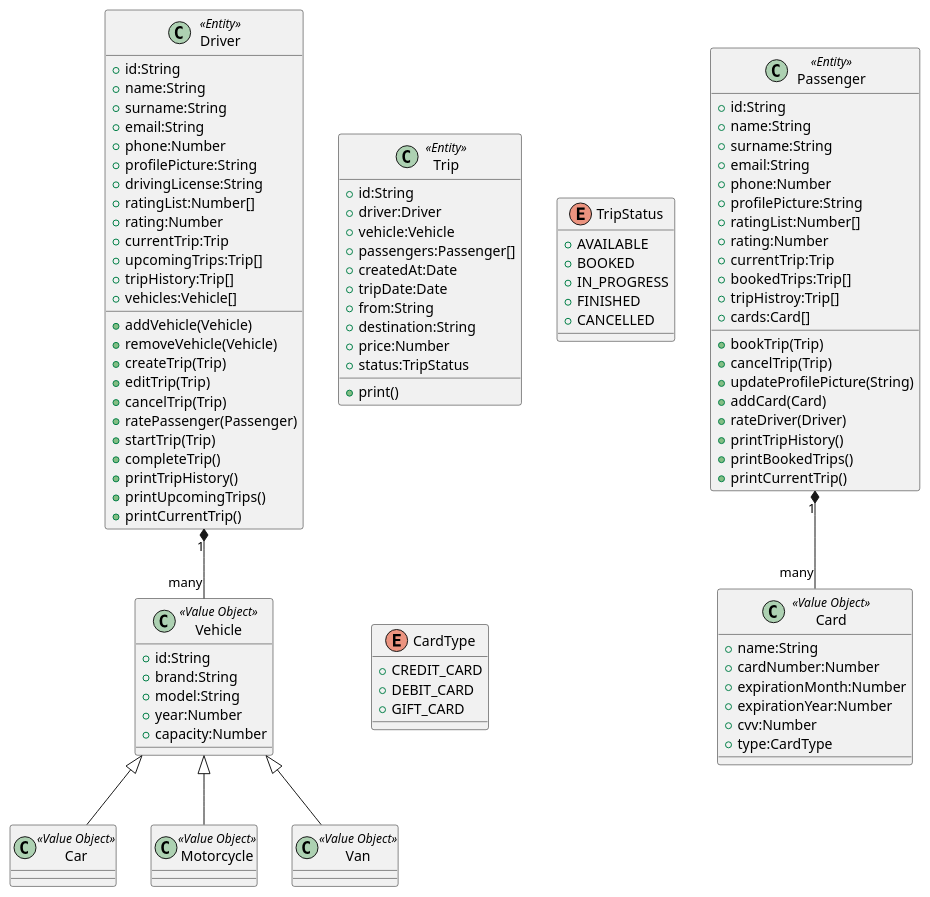
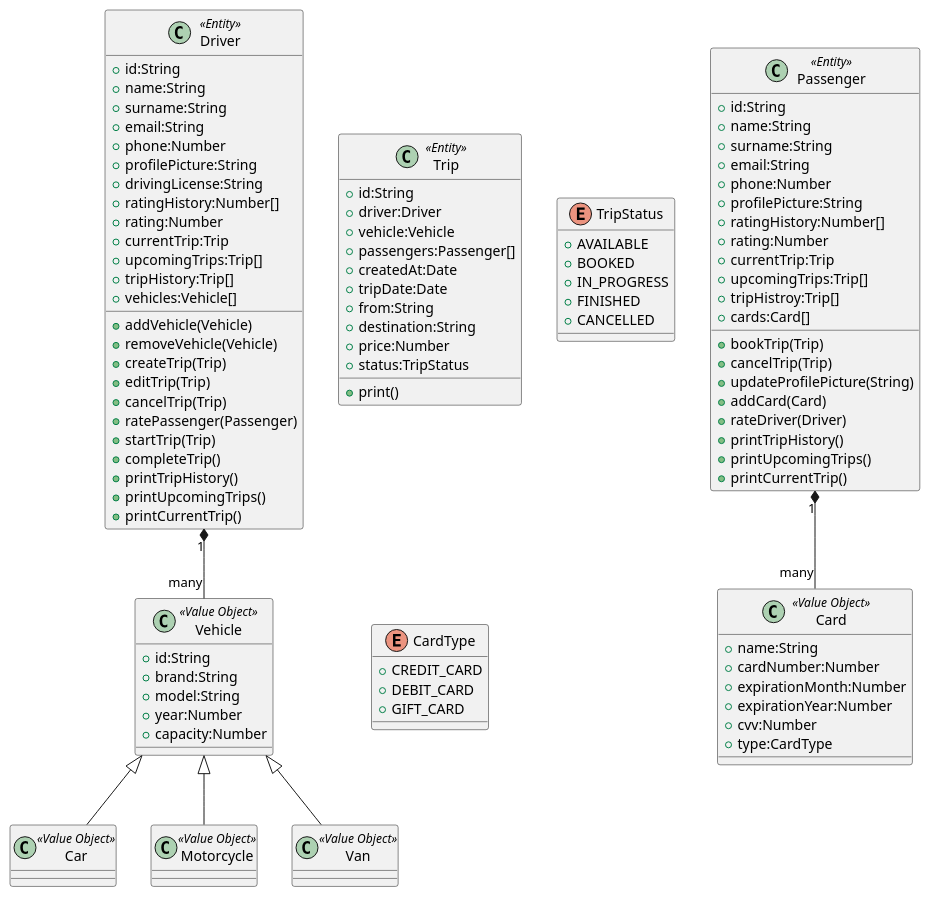
Before and after one commit to furkan-tan/tryp: the diagram in class-diagram.puml, drawn with PlantUML. The commit also changed 28 other files, not shown here.

```diff
--- a/class-diagram.puml
+++ b/class-diagram.puml
@@ -1,128 +1,128 @@
 @startuml Tryp
 
 class Passenger <<Entity>>{
     +id:String
     +name:String
     +surname:String
     +email:String
     +phone:Number
     +profilePicture:String
-    +ratingList:Number[]
+    +ratingHistory:Number[]
     +rating:Number
     +currentTrip:Trip
-    +bookedTrips:Trip[]
+    +upcomingTrips:Trip[]
     +tripHistroy:Trip[]
     +cards:Card[]
 
     +bookTrip(Trip)
     +cancelTrip(Trip)
     +updateProfilePicture(String)
     +addCard(Card)
     +rateDriver(Driver)
     +printTripHistory()
-    +printBookedTrips()
+    +printUpcomingTrips()
     +printCurrentTrip()
 
 }
 
 class Driver <<Entity>>{
     +id:String
     +name:String
     +surname:String
     +email:String
     +phone:Number
     +profilePicture:String
     +drivingLicense:String
-    +ratingList:Number[]
+    +ratingHistory:Number[]
     +rating:Number
     +currentTrip:Trip
     +upcomingTrips:Trip[]
     +tripHistory:Trip[]
     +vehicles:Vehicle[]
 
     +addVehicle(Vehicle)
     +removeVehicle(Vehicle)
     +createTrip(Trip)
     +editTrip(Trip)
     +cancelTrip(Trip)
     +ratePassenger(Passenger)
     +startTrip(Trip)
     +completeTrip()
     +printTripHistory()
     +printUpcomingTrips()
     +printCurrentTrip()
 }
 
 class Vehicle <<Value Object>>{
     +id:String
     +brand:String
     +model:String
     +year:Number
     +capacity:Number
 }
 
 class Car <<Value Object>>{
 
 }
 
 class Motorcycle <<Value Object>>{
 
 }
 
 class Van <<Value Object>>{
 
 }
 
 
 class Trip <<Entity>>{
     +id:String
     +driver:Driver
     +vehicle:Vehicle
     +passengers:Passenger[]
     +createdAt:Date
     +tripDate:Date
     +from:String
     +destination:String
     +price:Number
     +status:TripStatus
 
     +print()
 }
 
 
 
 enum TripStatus{
     +AVAILABLE
     +BOOKED
     +IN_PROGRESS
     +FINISHED
     +CANCELLED
 }
 
 
 
 class Card <<Value Object>>{
     +name:String
     +cardNumber:Number
     +expirationMonth:Number
     +expirationYear:Number
     +cvv:Number
     +type:CardType
 }
 
 enum CardType{
     +CREDIT_CARD
     +DEBIT_CARD
     +GIFT_CARD
 }
 
 Driver "1" *-- "many" Vehicle
 
 Passenger "1" *-- "many" Card
 
 
 Car -up-|> Vehicle
 Van -up-|> Vehicle
 Motorcycle -up-|> Vehicle
 
 @enduml
```
